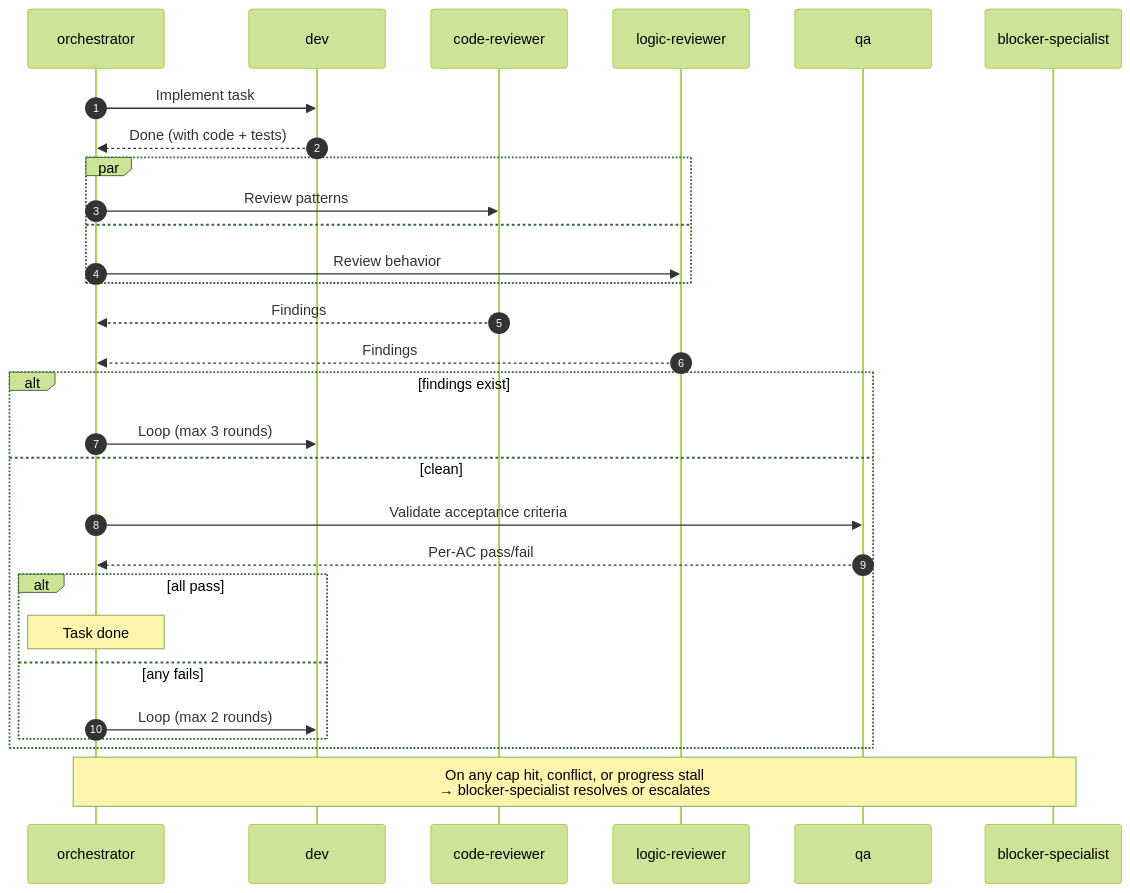
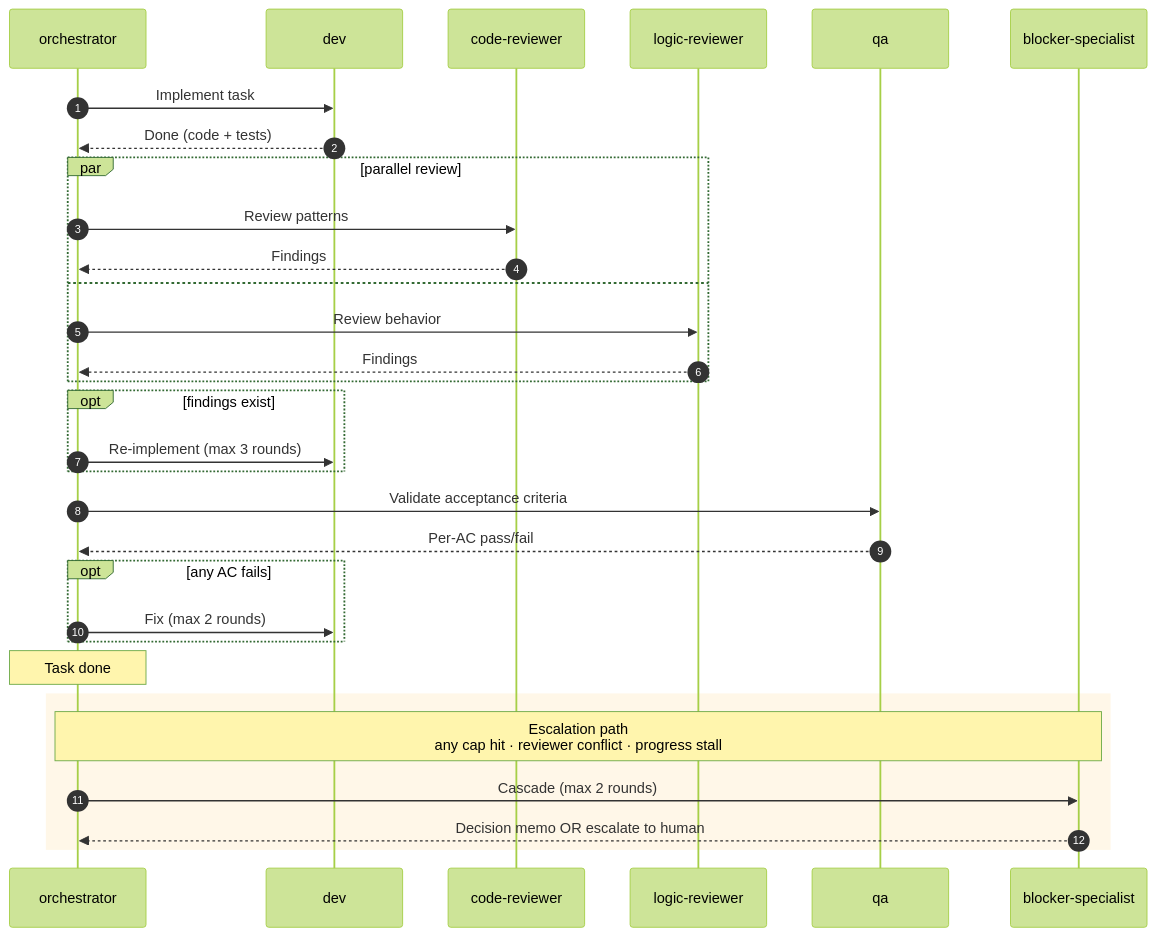
The second of 2 diagrams in README.md (gaabscps/ai-squad), drawn with Mermaid (forest theme) before and after one commit.

Commit message:
docs(readme): clean up Phase 4 sequence diagram
The previous sequence diagram had two visual issues:
1. blocker-specialist column was empty (only a textual Note mentioned
   it) — looked like an unused participant
2. Nested alt blocks ([findings exist]/[clean] containing [all pass]/
   [any fails]) made the diagram deep and hard to follow

Replaced with:
- opt (optional retry) instead of alt for loop branches — leaner
  visual, semantically clearer
- Findings collected inside the par-block (one block per reviewer
  instead of par + 2 dangling Findings lines below)
- Explicit cascade arrows to blocker-specialist (uses the column)
- Highlighted rect block visually separates the escalation path

````diff
--- a/README.md
+++ b/README.md
@@ -110,32 +110,40 @@
 ```mermaid
 sequenceDiagram
     autonumber
     participant O as orchestrator
     participant D as dev
     participant CR as code-reviewer
     participant LR as logic-reviewer
     participant Q as qa
     participant B as blocker-specialist
 
     O->>D: Implement task
-    D-->>O: Done (with code + tests)
-    par
+    D-->>O: Done (code + tests)
+
+    par parallel review
         O->>CR: Review patterns
+        CR-->>O: Findings
     and
         O->>LR: Review behavior
+        LR-->>O: Findings
     end
-    CR-->>O: Findings
-    LR-->>O: Findings
-    alt findings exist
-        O->>D: Loop (max 3 rounds)
-    else clean
-        O->>Q: Validate acceptance criteria
-        Q-->>O: Per-AC pass/fail
-        alt all pass
-            Note over O: Task done
-        else any fails
-            O->>D: Loop (max 2 rounds)
-        end
+
+    opt findings exist
+        O->>D: Re-implement (max 3 rounds)
     end
-    Note over O,B: On any cap hit, conflict, or progress stall<br/>→ blocker-specialist resolves or escalates
+
+    O->>Q: Validate acceptance criteria
+    Q-->>O: Per-AC pass/fail
+
+    opt any AC fails
+        O->>D: Fix (max 2 rounds)
+    end
+
+    Note over O: Task done
+
+    rect rgba(255, 200, 100, 0.15)
+        Note over O,B: Escalation path<br/>any cap hit · reviewer conflict · progress stall
+        O->>B: Cascade (max 2 rounds)
+        B-->>O: Decision memo OR escalate to human
+    end
 ```
````
